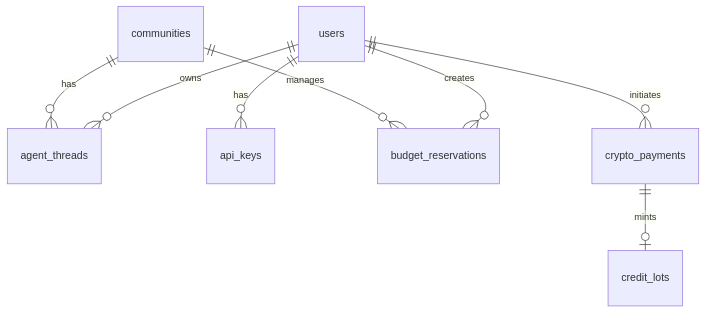
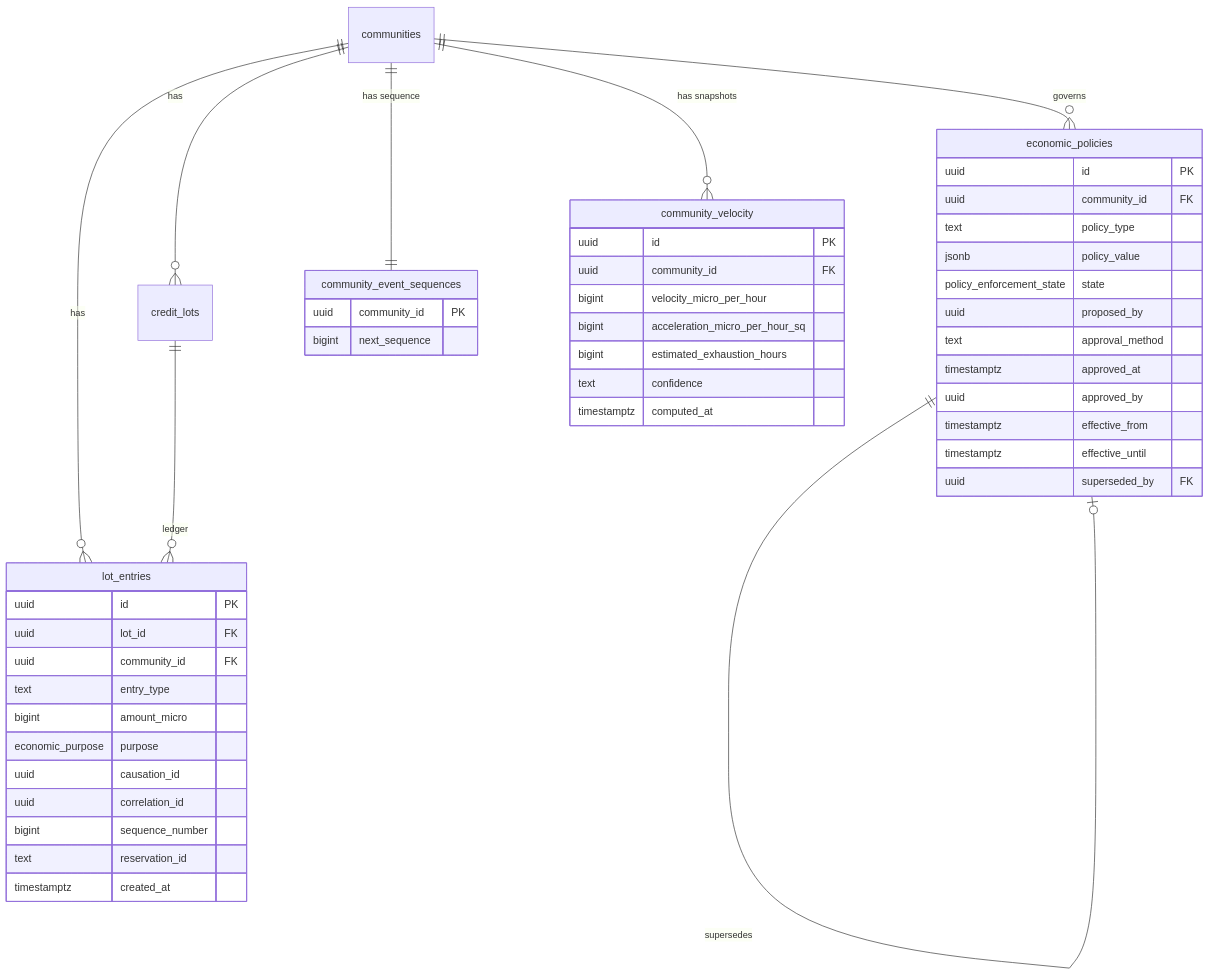
Before and after one commit to 0xHoneyJar/loa-freeside: the fifth of 5 diagrams in grimoires/loa/sdd.md, drawn with Mermaid. The commit also changed other lines of this file and 149 other files, not shown here.

````diff
--- a/grimoires/loa/sdd.md
+++ b/grimoires/loa/sdd.md
@@ -593,10 +713,54 @@
 ```mermaid
 erDiagram
-    communities ||--o{ agent_threads : "has"
-    users ||--o{ agent_threads : "owns"
-    users ||--o{ api_keys : "has"
-    communities ||--o{ budget_reservations : "manages"
-    users ||--o{ budget_reservations : "creates"
-    users ||--o{ crypto_payments : "initiates"
-    crypto_payments ||--o| credit_lots : "mints"
+    communities ||--o{ credit_lots : "has"
+    communities ||--o{ lot_entries : "has"
+    communities ||--o{ economic_policies : "governs"
+    communities ||--|| community_event_sequences : "has sequence"
+    communities ||--o{ community_velocity : "has snapshots"
+    credit_lots ||--o{ lot_entries : "ledger"
+    economic_policies ||--o| economic_policies : "supersedes"
+
+    lot_entries {
+        uuid id PK
+        uuid lot_id FK
+        uuid community_id FK
+        text entry_type
+        bigint amount_micro
+        economic_purpose purpose
+        uuid causation_id
+        uuid correlation_id
+        bigint sequence_number
+        text reservation_id
+        timestamptz created_at
+    }
+
+    community_event_sequences {
+        uuid community_id PK
+        bigint next_sequence
+    }
+
+    economic_policies {
+        uuid id PK
+        uuid community_id FK
+        text policy_type
+        jsonb policy_value
+        policy_enforcement_state state
+        uuid proposed_by
+        text approval_method
+        timestamptz approved_at
+        uuid approved_by
+        timestamptz effective_from
+        timestamptz effective_until
+        uuid superseded_by FK
+    }
+
+    community_velocity {
+        uuid id PK
+        uuid community_id FK
+        bigint velocity_micro_per_hour
+        bigint acceleration_micro_per_hour_sq
+        bigint estimated_exhaustion_hours
+        text confidence
+        timestamptz computed_at
+    }
 ```
````
